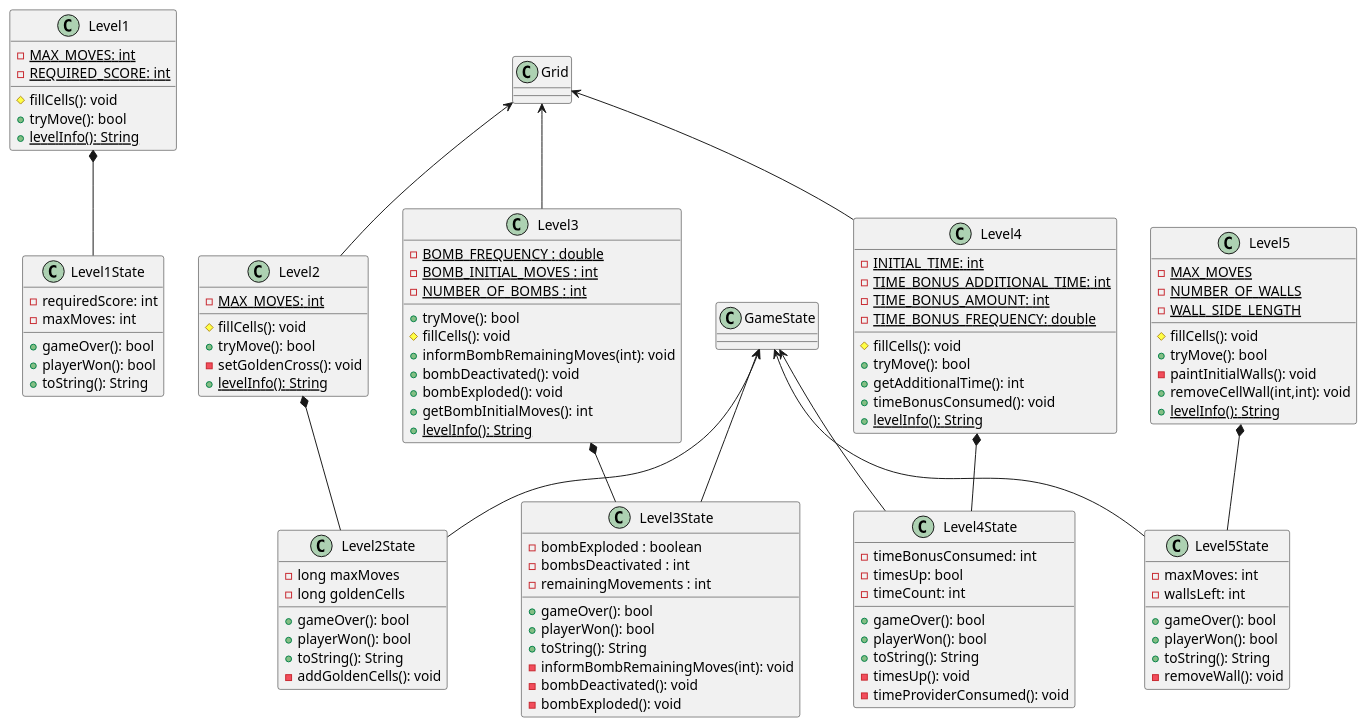
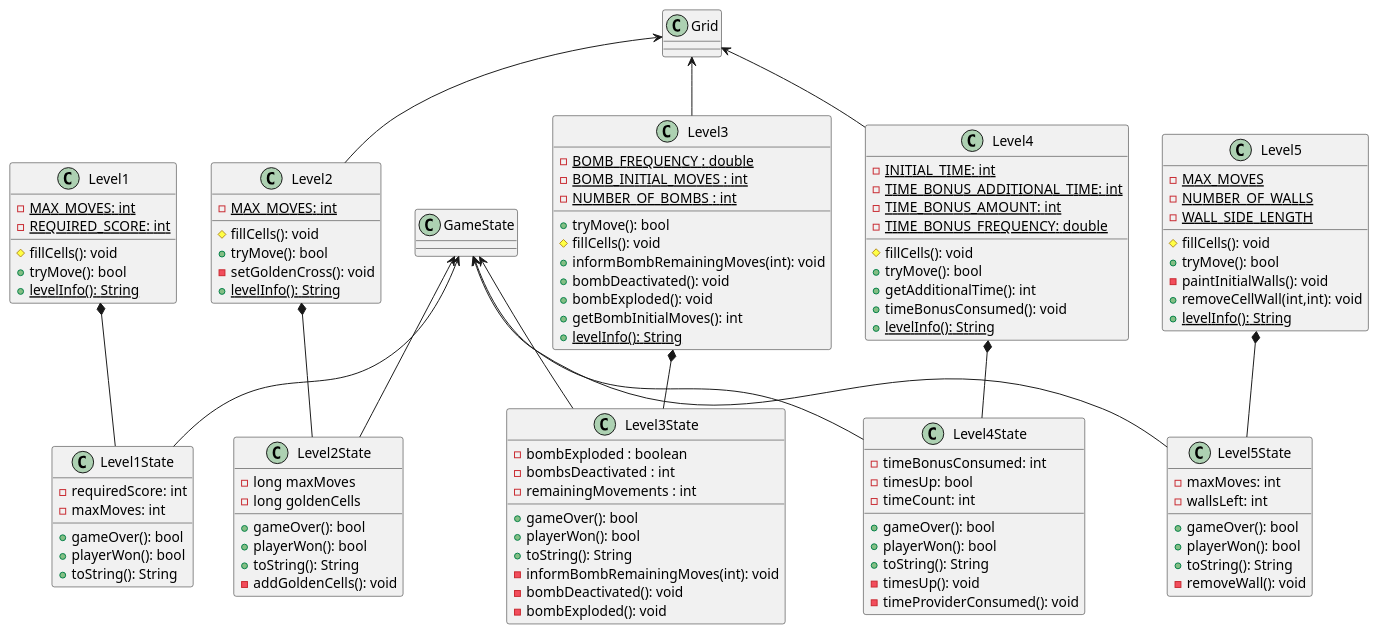
Before and after one commit to matiapa/itba-poo-final: the diagram in src/game/backend/levels.plantuml, drawn with PlantUML. The commit also changed 2 other files, not shown here.

Commit message:
Diagramas de clases actualizados

```diff
--- a/src/game/backend/levels.plantuml
+++ b/src/game/backend/levels.plantuml
@@ -1,156 +1,158 @@
 @startuml
 
 ' --------------- LEVELS --------------- '
 
 ' Level1 '
 
 class Level1{
  - {static} MAX_MOVES: int
  - {static} REQUIRED_SCORE: int
  # fillCells(): void
  + tryMove(): bool
  + {static} levelInfo(): String
 }
 
 Level1 *-- Level1State
 
 
 ' Level1State '
 
 class Level1State{
  - requiredScore: int
  - maxMoves: int
  + gameOver(): bool
  + playerWon(): bool
  + toString(): String
 }
+
+GameState <-- Level1State
 
 
 ' Level2 '
 
 class Level2{
  - {static} MAX_MOVES: int
  # fillCells(): void
  + tryMove(): bool
  - setGoldenCross(): void
  + {static} levelInfo(): String
 }
 
 Grid <-- Level2
 Level2 *-- Level2State
 
 
 ' Level2State '
 
 class Level2State{
  - long maxMoves
  - long goldenCells
  + gameOver(): bool
  + playerWon(): bool
  + toString(): String
  - addGoldenCells(): void
 }
 
 GameState <-- Level2State
 
 
 ' Level3 '
 
 class Level3 {
   - {static} BOMB_FREQUENCY : double
   - {static} BOMB_INITIAL_MOVES : int
   - {static} NUMBER_OF_BOMBS : int
   + tryMove(): bool
   # fillCells(): void
   + informBombRemainingMoves(int): void
   + bombDeactivated(): void
   + bombExploded(): void
   + getBombInitialMoves(): int
   + {static} levelInfo(): String
 }
 
 Grid <-- Level3
 Level3 *-- Level3State
 
 
 ' Level3State'
 
 class Level3State {
   - bombExploded : boolean
   - bombsDeactivated : int
   - remainingMovements : int
   + gameOver(): bool
   + playerWon(): bool
   + toString(): String
   - informBombRemainingMoves(int): void
   - bombDeactivated(): void
   - bombExploded(): void
 }
 
 GameState <-- Level3State
 
 
 ' Level4 '
 
 class Level4{
  - {static} INITIAL_TIME: int
  - {static} TIME_BONUS_ADDITIONAL_TIME: int
  - {static} TIME_BONUS_AMOUNT: int
  - {static} TIME_BONUS_FREQUENCY: double
  # fillCells(): void
  + tryMove(): bool
  + getAdditionalTime(): int
  + timeBonusConsumed(): void
  + {static} levelInfo(): String
 }
 
 Grid <-- Level4
 Level4 *-- Level4State
 
 
 ' Level4State '
 
 class Level4State{
  - timeBonusConsumed: int
  - timesUp: bool
  - timeCount: int
  + gameOver(): bool
  + playerWon(): bool
  + toString(): String
  - timesUp(): void
  - timeProviderConsumed(): void
 }
 
 GameState <-- Level4State
 
 
 ' Level5 '
 
 class Level5{
  - {static} MAX_MOVES
  - {static} NUMBER_OF_WALLS
  - {static} WALL_SIDE_LENGTH
  # fillCells(): void
  + tryMove(): bool
  - paintInitialWalls(): void
  + removeCellWall(int,int): void
  + {static} levelInfo(): String
 }
 
 Level5 *-- Level5State
 
 
 ' Level5State '
 
 class Level5State{
  - maxMoves: int
  - wallsLeft: int
  + gameOver(): bool
  + playerWon(): bool
  + toString(): String
  - removeWall(): void
 }
 
 GameState <-- Level5State
 
 @enduml
```
